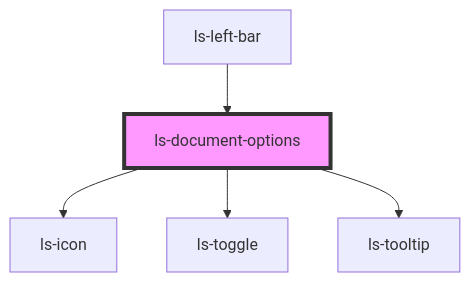
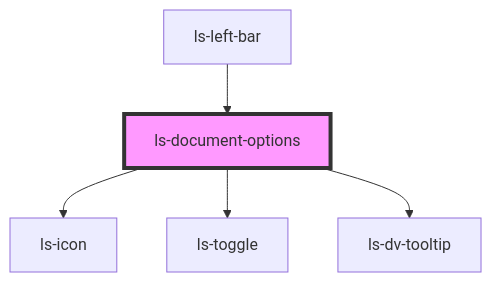
Before and after one commit to legalesign/ls-document-viewer: the diagram in src/components/ls-document-options/readme.md, drawn with Mermaid. The commit also changed other lines of this file and 72 other files, not shown here.

````diff
--- a/src/components/ls-document-options/readme.md
+++ b/src/components/ls-document-options/readme.md
@@ -36,8 +36,8 @@
 ```mermaid
 graph TD;
   ls-document-options --> ls-icon
   ls-document-options --> ls-toggle
-  ls-document-options --> ls-tooltip
+  ls-document-options --> ls-dv-tooltip
   ls-left-bar --> ls-document-options
   style ls-document-options fill:#f9f,stroke:#333,stroke-width:4px
 ```
````
